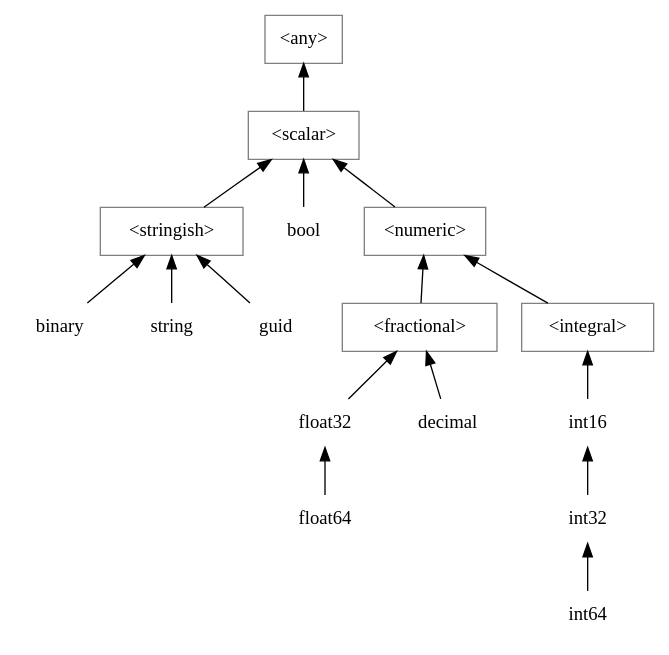
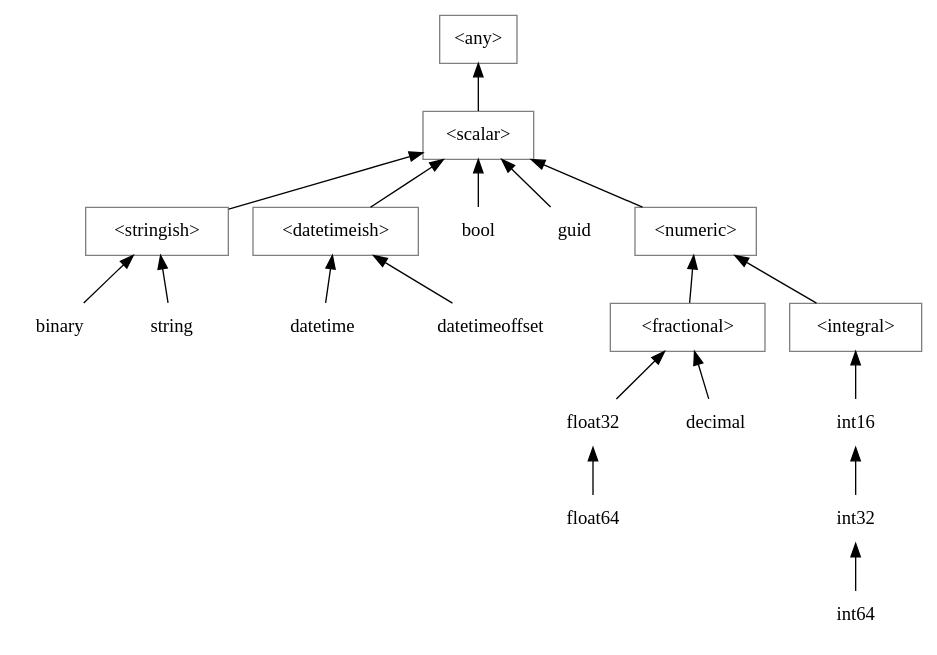
One commit to fsprojects/Rezoom.SQL changed the diagram in doc/Language/TypeHierarchy.gv. Above: the diagram before and after it, drawn with Graphviz. The commit also changed 2 other files, not shown here.

Commit message:
Move around type hierarchy: GUID is no longer stringish.

```diff
--- a/doc/Language/TypeHierarchy.gv
+++ b/doc/Language/TypeHierarchy.gv
@@ -1,28 +1,32 @@
 // dot -Tsvg -O TypeHierarchy.gv
 digraph "Type Hierarchy" {
   rankdir=BT
   node[color=none,shape=rectangle,fontname=Consolas]
 
   integral[label="<integral>",color=gray]
   fractional[label="<fractional>",color=gray]
   numeric[label="<numeric>",color=gray]
   stringish[label="<stringish>",color=gray]
+  datetimeish[label="<datetimeish>",color=gray]
   scalar[label="<scalar>",color=gray]
   any[label="<any>",color=gray]
 
   int16 -> integral
   int32 -> int16
   int64 -> int32
   bool -> scalar
+  guid -> scalar
+  datetime -> datetimeish
+  datetimeoffset -> datetimeish
+  datetimeish -> scalar
   float32 -> fractional
   float64 -> float32
   decimal -> fractional
   binary -> stringish
   string -> stringish
-  guid -> stringish
   stringish -> scalar
   fractional -> numeric
   integral -> numeric
   numeric -> scalar
   scalar -> any
 }
```
